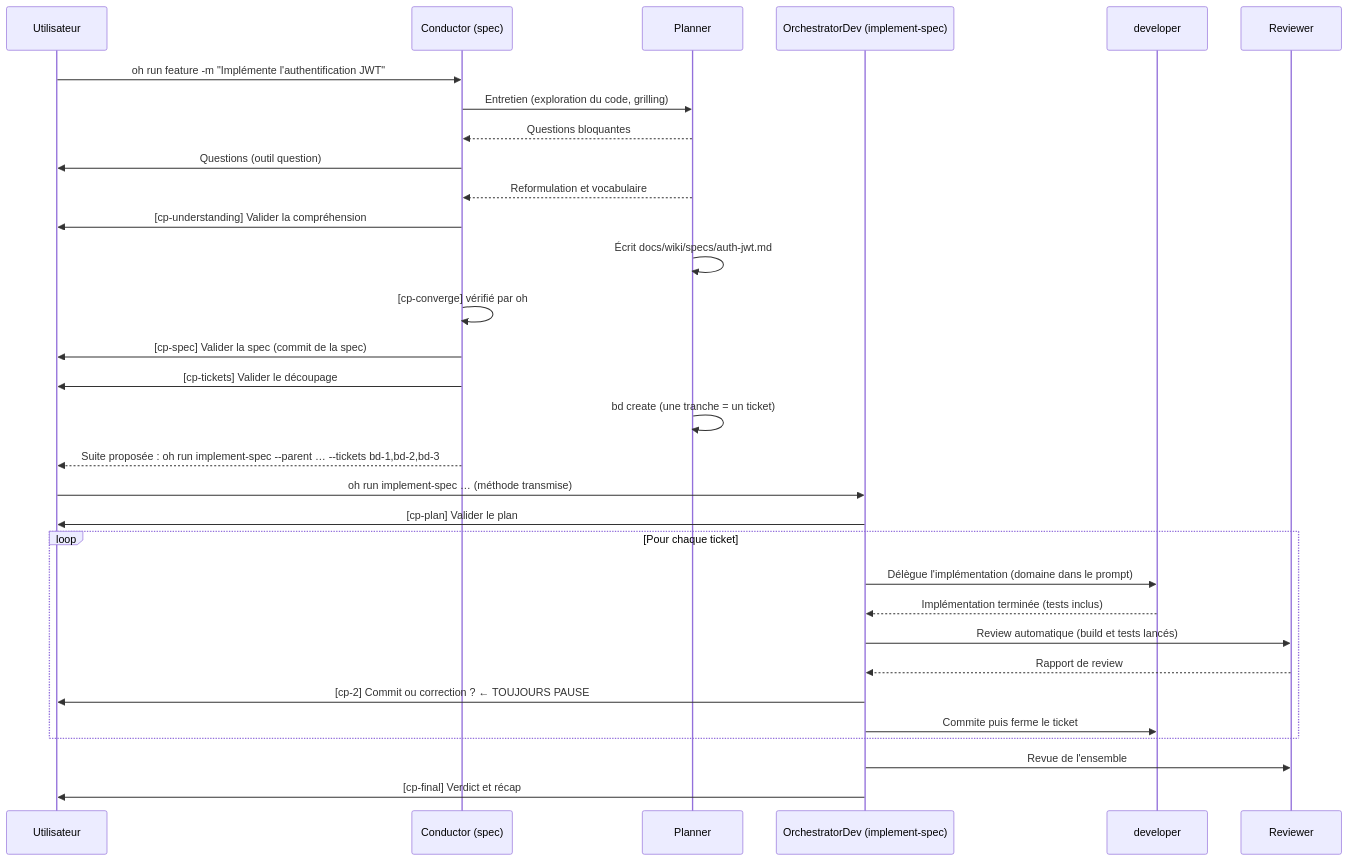
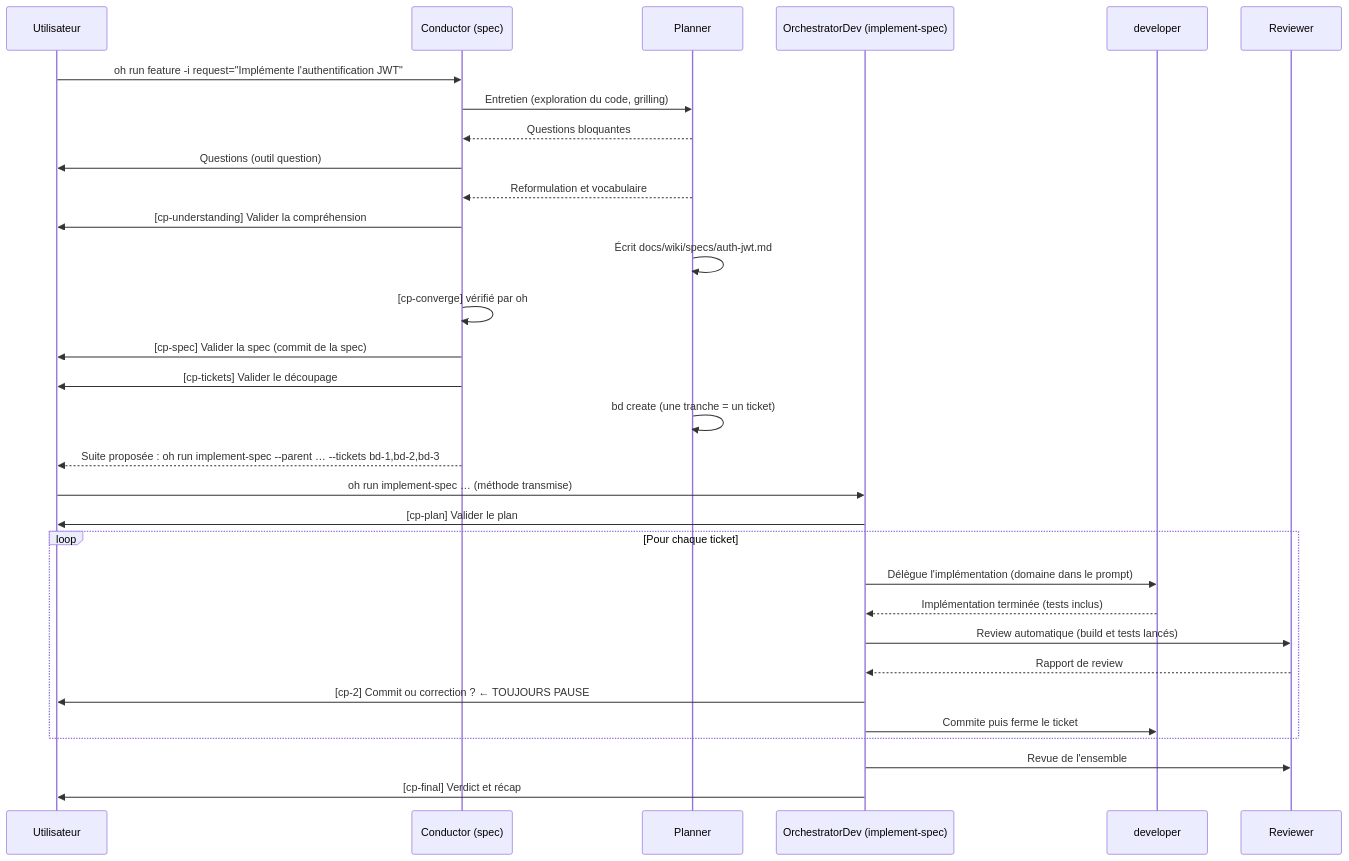
One commit to datichb/openhub changed the second of 7 diagrams in docs/guides/workflows.fr.md. Above: the diagram before and after it, drawn with Mermaid. The commit also changed other lines of this file and 9 other files, not shown here.

Commit message:
docs: oh run feature takes -i request, not -m; refresh agent and workflow counts (modernisation docs-synthesis)

````diff
--- a/docs/guides/workflows.fr.md
+++ b/docs/guides/workflows.fr.md
@@ -113,35 +113,35 @@
 ```mermaid
 sequenceDiagram
     participant U as Utilisateur
     participant C as Conductor (spec)
     participant PL as Planner
     participant OD as OrchestratorDev (implement-spec)
     participant DEV as developer
     participant R as Reviewer
 
-    U->>C: oh run feature -m "Implémente l'authentification JWT"
+    U->>C: oh run feature -i request="Implémente l'authentification JWT"
     C->>PL: Entretien (exploration du code, grilling)
     PL-->>C: Questions bloquantes
     C->>U: Questions (outil question)
     PL-->>C: Reformulation et vocabulaire
     C->>U: [cp-understanding] Valider la compréhension
     PL->>PL: Écrit docs/wiki/specs/auth-jwt.md
     C->>C: [cp-converge] vérifié par oh
     C->>U: [cp-spec] Valider la spec (commit de la spec)
     C->>U: [cp-tickets] Valider le découpage
     PL->>PL: bd create (une tranche = un ticket)
     C-->>U: Suite proposée : oh run implement-spec --parent … --tickets bd-1,bd-2,bd-3
 
     U->>OD: oh run implement-spec … (méthode transmise)
     OD->>U: [cp-plan] Valider le plan
     loop Pour chaque ticket
         OD->>DEV: Délègue l'implémentation (domaine dans le prompt)
         DEV-->>OD: Implémentation terminée (tests inclus)
         OD->>R: Review automatique (build et tests lancés)
         R-->>OD: Rapport de review
         OD->>U: [cp-2] Commit ou correction ? ← TOUJOURS PAUSE
         OD->>DEV: Commite puis ferme le ticket
     end
     OD->>R: Revue de l'ensemble
     OD->>U: [cp-final] Verdict et récap
 ```
````
